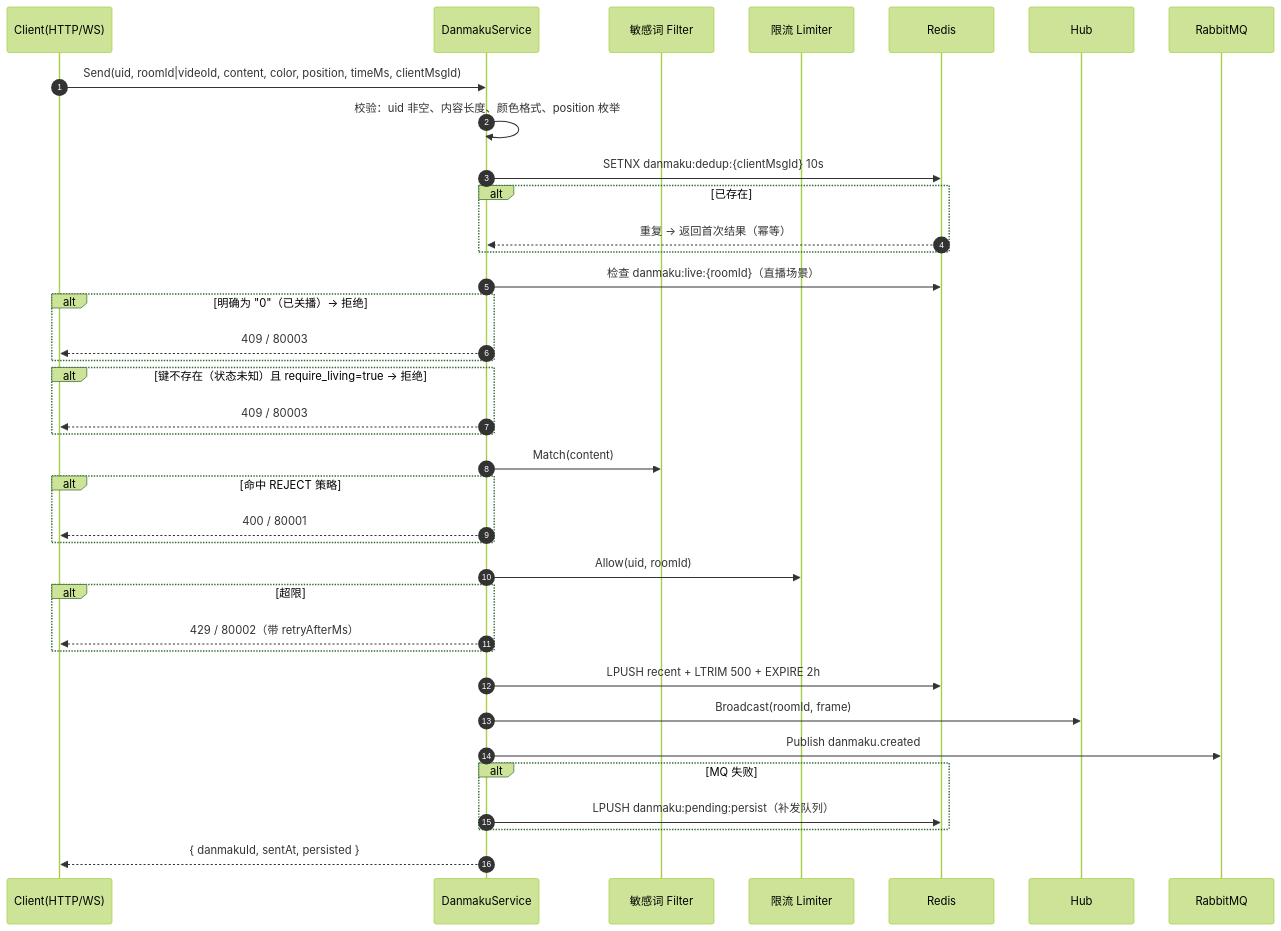
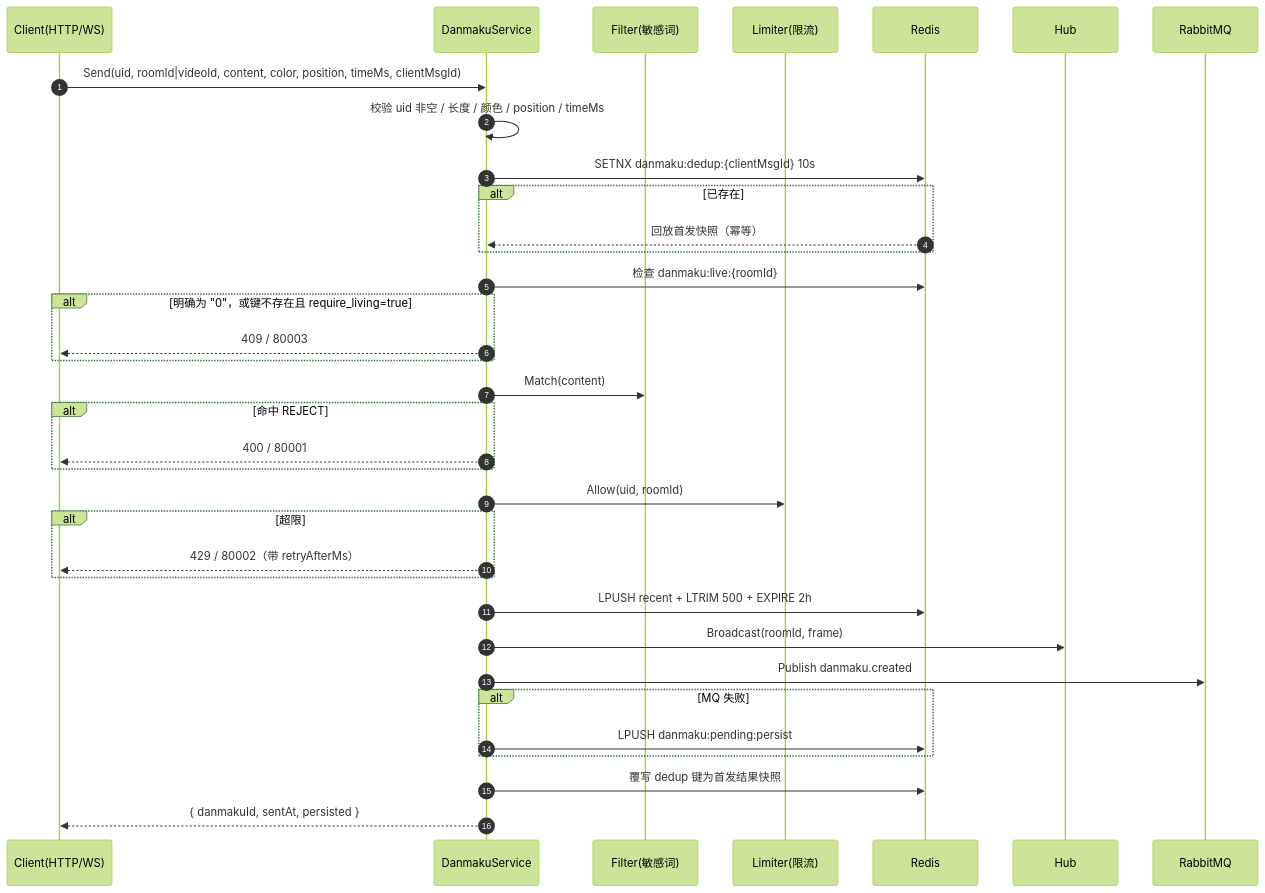
One commit to YunfeiSHU/media-community changed the third of 3 diagrams in danmaku-service-go/docs/设计文档.md. Above: the diagram before and after it, drawn with Mermaid (forest theme). The commit also changed other lines of this file and 3 other files, not shown here.

````diff
--- a/danmaku-service-go/docs/设计文档.md
+++ b/danmaku-service-go/docs/设计文档.md
@@ -304,40 +236,38 @@
 ```mermaid
 sequenceDiagram
     autonumber
     participant C as Client(HTTP/WS)
     participant S as DanmakuService
-    participant F as 敏感词 Filter
-    participant L as 限流 Limiter
+    participant F as Filter(敏感词)
+    participant L as Limiter(限流)
     participant R as Redis
     participant H as Hub
     participant Q as RabbitMQ
 
     C->>S: Send(uid, roomId|videoId, content, color, position, timeMs, clientMsgId)
-    S->>S: 校验：uid 非空、内容长度、颜色格式、position 枚举
+    S->>S: 校验 uid 非空 / 长度 / 颜色 / position / timeMs
     S->>R: SETNX danmaku:dedup:{clientMsgId} 10s
     alt 已存在
-        R-->>S: 重复 → 返回首次结果（幂等）
+        R-->>S: 回放首发快照（幂等）
     end
-    S->>R: 检查 danmaku:live:{roomId}（直播场景）
-    alt 明确为 "0"（已关播）→ 拒绝
-        S-->>C: 409 / 80003
-    end
-    alt 键不存在（状态未知）且 require_living=true → 拒绝
+    S->>R: 检查 danmaku:live:{roomId}
+    alt 明确为 "0"，或键不存在且 require_living=true
         S-->>C: 409 / 80003
     end
     S->>F: Match(content)
-    alt 命中 REJECT 策略
+    alt 命中 REJECT
         S-->>C: 400 / 80001
     end
     S->>L: Allow(uid, roomId)
     alt 超限
         S-->>C: 429 / 80002（带 retryAfterMs）
     end
     S->>R: LPUSH recent + LTRIM 500 + EXPIRE 2h
     S->>H: Broadcast(roomId, frame)
     S->>Q: Publish danmaku.created
     alt MQ 失败
-        S->>R: LPUSH danmaku:pending:persist（补发队列）
+        S->>R: LPUSH danmaku:pending:persist
     end
+    S->>R: 覆写 dedup 键为首发结果快照
     S-->>C: { danmakuId, sentAt, persisted }
 ```
````
